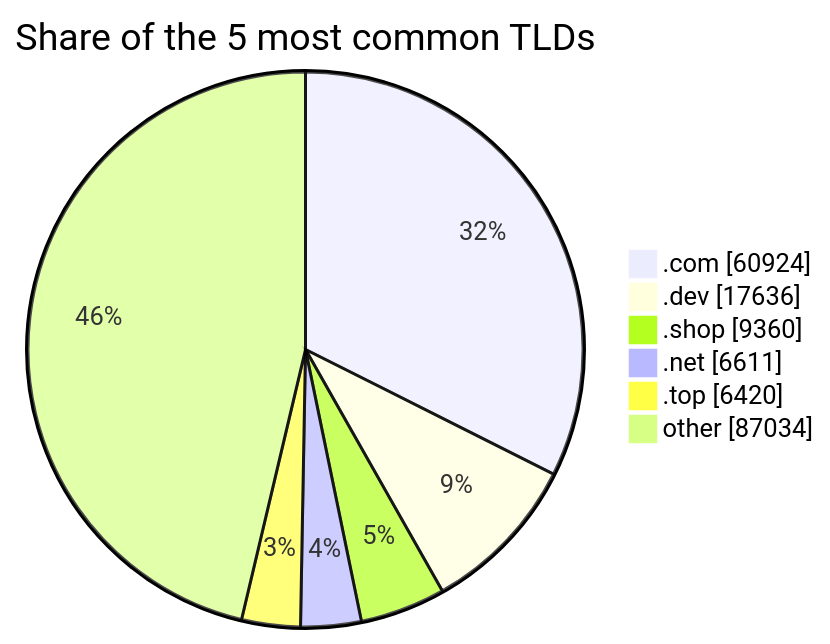
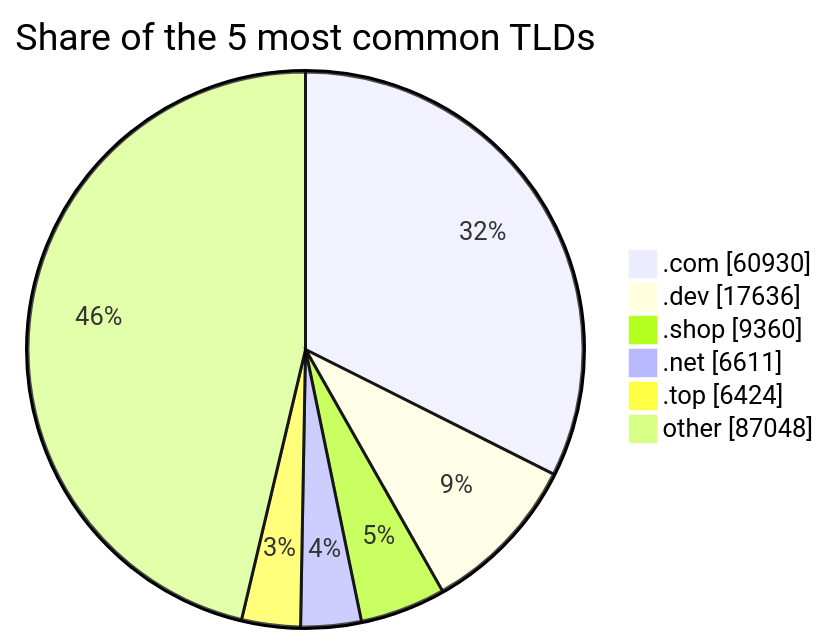
One commit to DNSBunker/CTI changed the third of 3 diagrams in README.md. Above: the diagram before and after it, drawn with Mermaid. The commit also changed other lines of this file and 3 other files, not shown here.

````diff
--- a/README.md
+++ b/README.md
@@ -81,9 +81,9 @@
 ```mermaid
 pie showData title Share of the 5 most common TLDs
-    ".com" : 60924
+    ".com" : 60930
     ".dev" : 17636
     ".shop" : 9360
     ".net" : 6611
-    ".top" : 6420
-    "other" : 87034
+    ".top" : 6424
+    "other" : 87048
 ```
````
